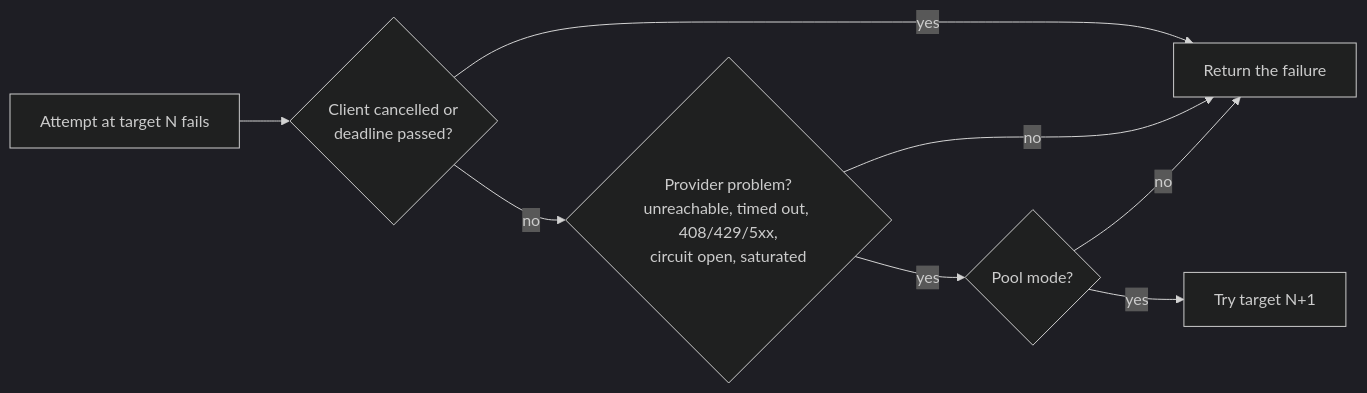
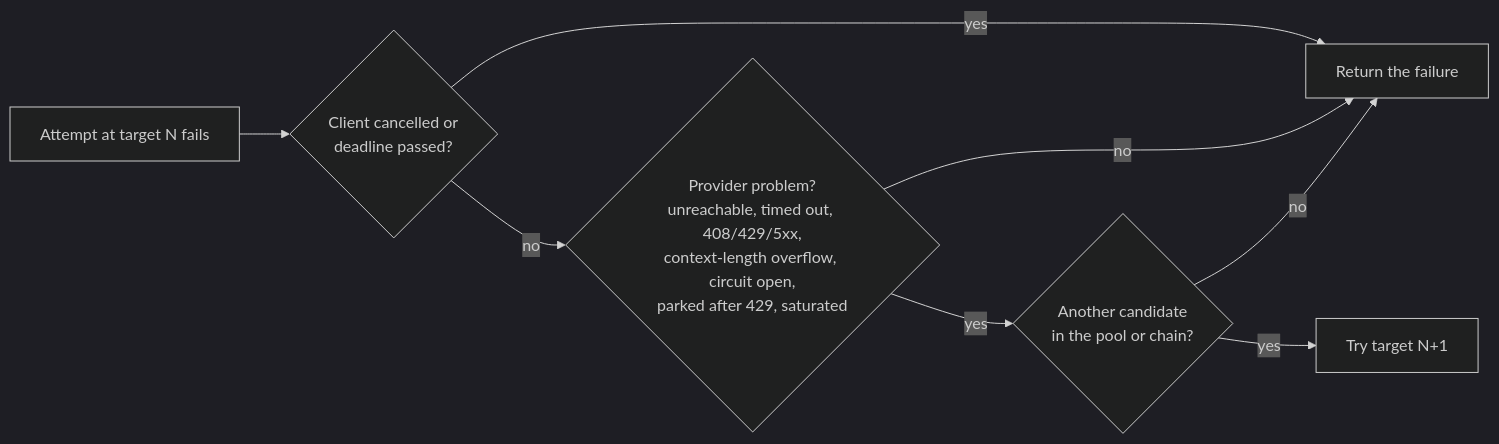
Before and after one commit to ferro-labs/ferrolabs-docs: the diagram in docs/routing/overview.mdx, drawn with Mermaid (dark theme). The commit also changed other lines of this file and 24 other files, not shown here.

````diff
--- a/docs/routing/overview.mdx
+++ b/docs/routing/overview.mdx
@@ -143,10 +150,10 @@
 ```mermaid
 flowchart LR
     A[Attempt at target N fails] --> B{Client cancelled or<br/>deadline passed?}
     B -- yes --> S[Return the failure]
-    B -- no --> C{Provider problem?<br/>unreachable, timed out, 408/429/5xx,<br/>circuit open, saturated}
+    B -- no --> C{Provider problem?<br/>unreachable, timed out, 408/429/5xx,<br/>context-length overflow, circuit open,<br/>parked after 429, saturated}
     C -- no --> S
-    C -- yes --> D{Pool mode?}
+    C -- yes --> D{Another candidate<br/>in the pool or chain?}
     D -- no --> S
     D -- yes --> E[Try target N+1]
 ```
````
